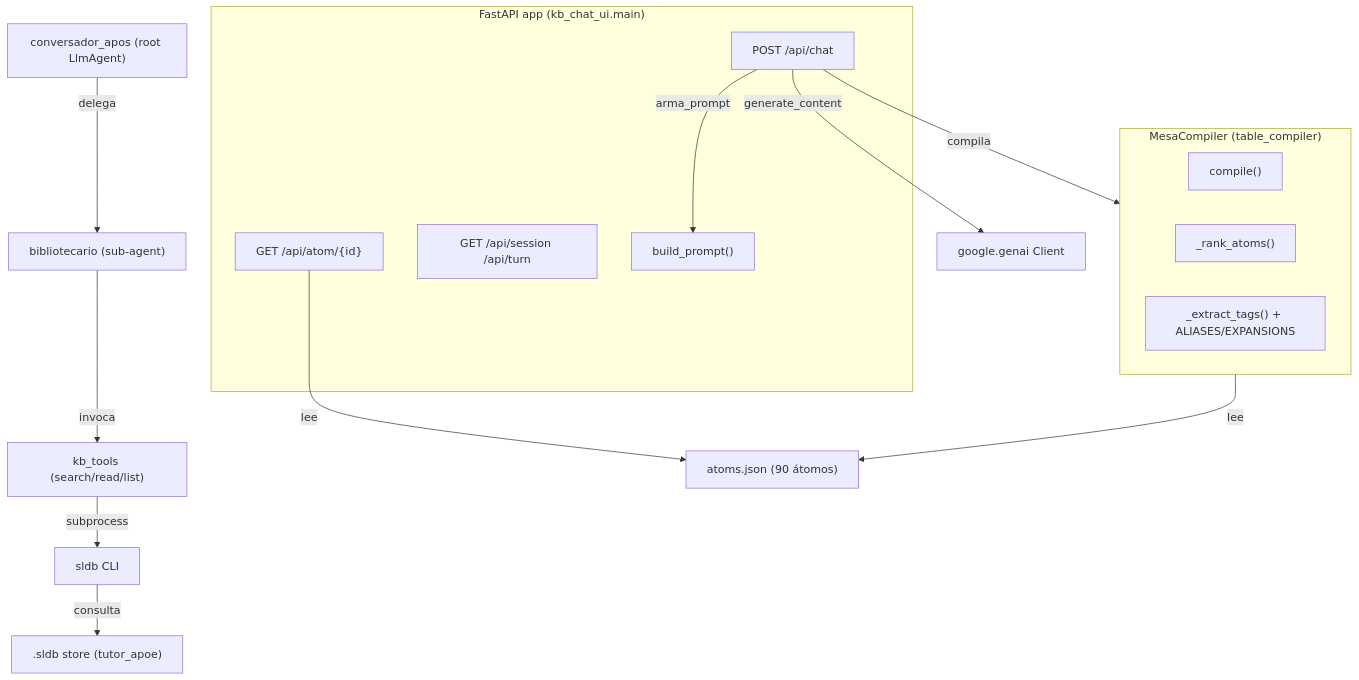
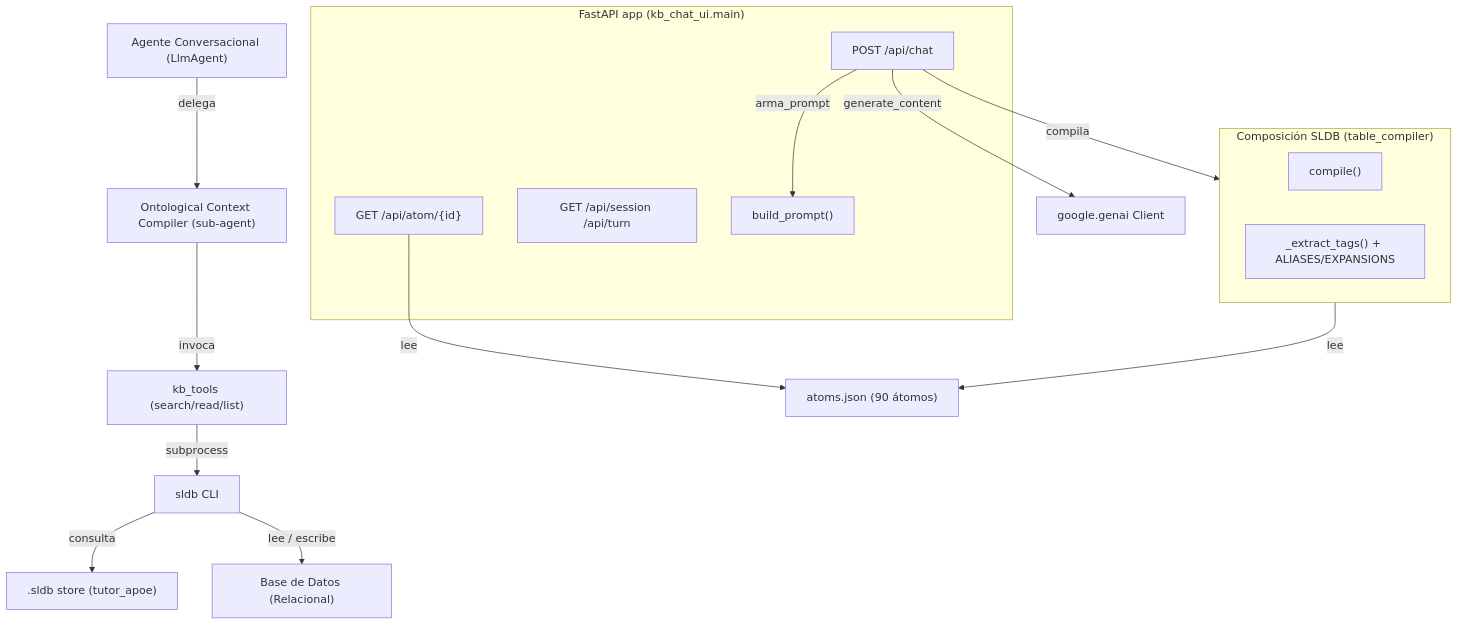
One commit to jpcosec/conversational-agent-arch changed the diagram in desk/spec2viz/build/component.backend.mmd. Above: the diagram before and after it, drawn with Mermaid. The commit also changed 7 other files, not shown here.

Commit message:
refactor: apply exported architectural feedback

```diff
--- a/desk/spec2viz/build/component.backend.mmd
+++ b/desk/spec2viz/build/component.backend.mmd
@@ -1,28 +1,29 @@
 graph TD
     subgraph fastapi_app ["FastAPI app (kb_chat_ui.main)"]
         route_chat["POST /api/chat"]
         route_atom["GET /api/atom/{id}"]
         route_session["GET /api/session /api/turn"]
         build_prompt["build_prompt()"]
     end
-    subgraph mesa_compiler ["MesaCompiler (table_compiler)"]
+    subgraph mesa_compiler ["Composición SLDB (table_compiler)"]
         compile_mesa["compile()"]
-        rank_atoms["_rank_atoms()"]
         extract_tags["_extract_tags() + ALIASES/EXPANSIONS"]
     end
-    conversador["conversador_apos (root LlmAgent)"]
-    bibliotecario["bibliotecario (sub-agent)"]
+    conversador["Agente Conversacional (LlmAgent)"]
+    bibliotecario["Ontological Context Compiler (sub-agent)"]
     kb_tools["kb_tools (search/read/list)"]
     sldb_cli["sldb CLI"]
     genai_client["google.genai Client"]
     atoms_json["atoms.json (90 átomos)"]
     sldb_store[".sldb store (tutor_apoe)"]
+    relational_db["Base de Datos (Relacional)"]
     route_chat -->|"compila"| mesa_compiler
     route_chat -->|"arma_prompt"| build_prompt
     route_chat -->|"generate_content"| genai_client
     mesa_compiler -->|"lee"| atoms_json
     route_atom -->|"lee"| atoms_json
     conversador -->|"delega"| bibliotecario
     bibliotecario -->|"invoca"| kb_tools
     kb_tools -->|"subprocess"| sldb_cli
     sldb_cli -->|"consulta"| sldb_store
+    sldb_cli -->|"lee / escribe"| relational_db
```
